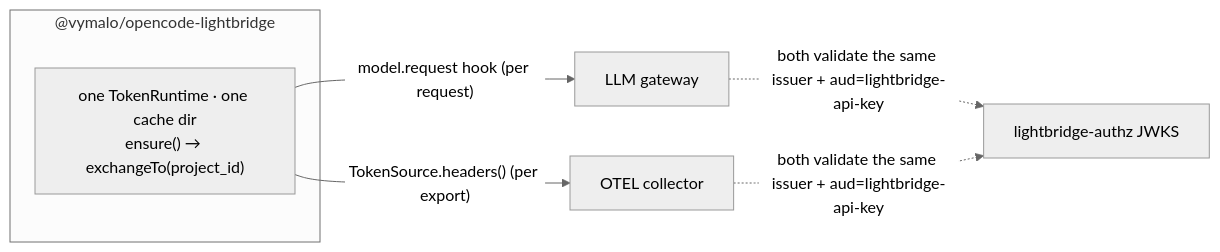
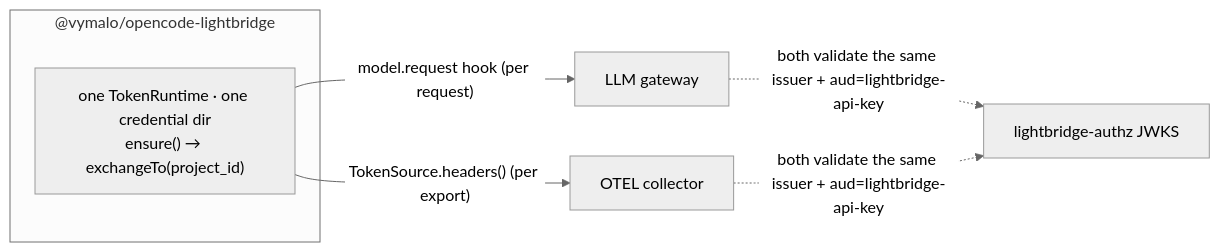
One commit to ADORSYS-GIS/lightbridge-opencode-toolbeit changed the first of 3 diagrams in docs/lightbridge.md. Above: the diagram before and after it, drawn with Mermaid (neutral theme). The commit also changed other lines of this file and 68 other files, not shown here.

First line of the commit message:
fix: store OAuth credentials in the durable state dir, not the OS cache dir (ADR-0022) (#152)

````diff
--- a/docs/lightbridge.md
+++ b/docs/lightbridge.md
@@ -27,9 +27,9 @@
 ```mermaid
 flowchart LR
   subgraph LB["@vymalo/opencode-lightbridge"]
-    TR["one TokenRuntime · one cache dir<br/>ensure() → exchangeTo(project_id)"]
+    TR["one TokenRuntime · one credential dir<br/>ensure() → exchangeTo(project_id)"]
   end
   TR -->|"model.request hook (per request)"| GW["LLM gateway"]
   TR -->|"TokenSource.headers() (per export)"| COL["OTEL collector"]
   GW & COL -.->|"both validate the same issuer + aud=lightbridge-api-key"| AZ["lightbridge-authz JWKS"]
 ```
````
